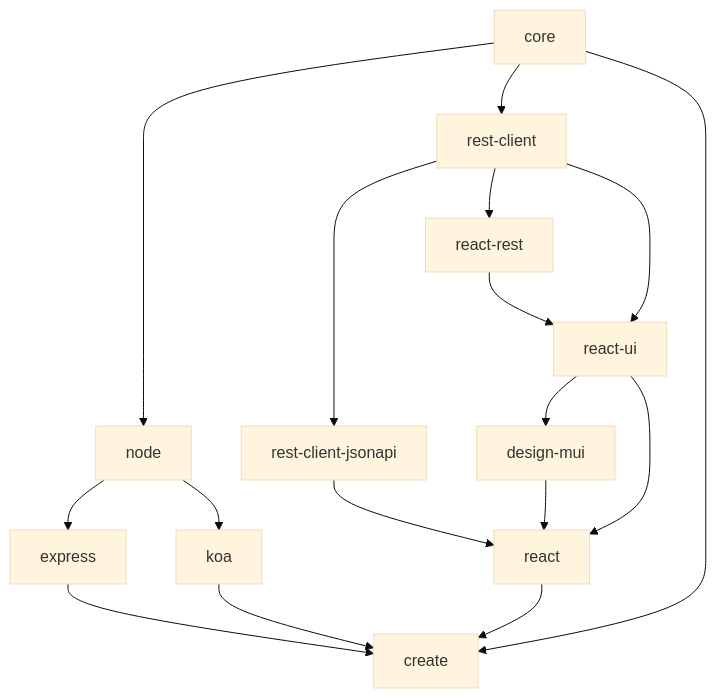
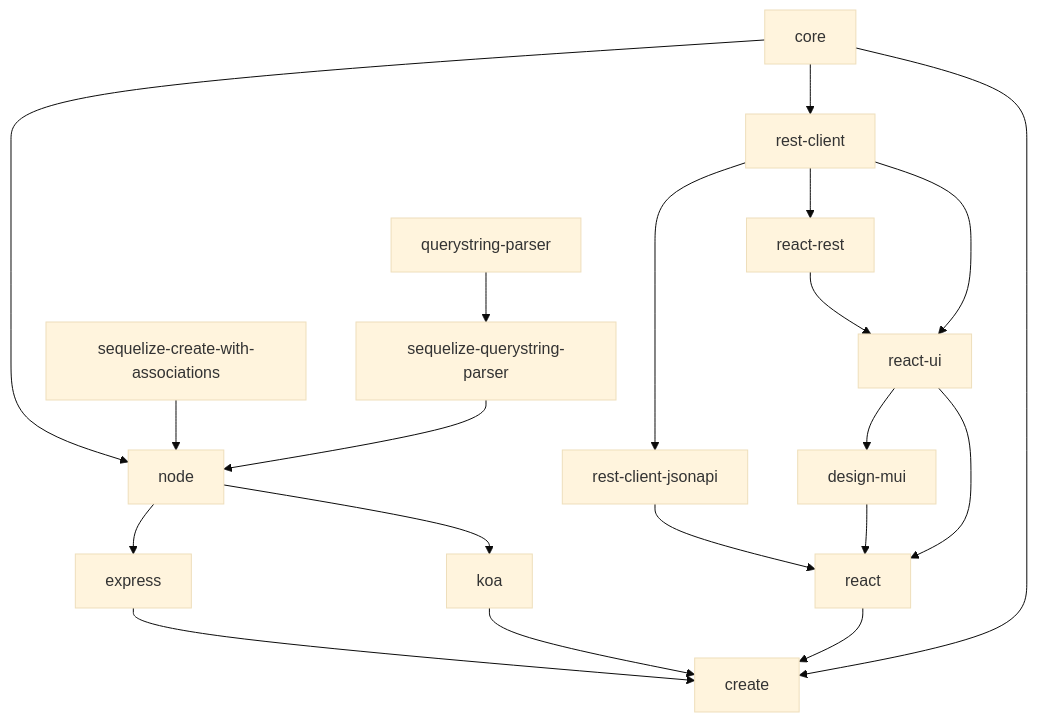
Before and after one commit to bitovi/hatchify: the diagram in CONTRIBUTING.md, drawn with Mermaid (base theme).

````diff
--- a/CONTRIBUTING.md
+++ b/CONTRIBUTING.md
@@ -314,20 +314,22 @@
 ```mermaid
   flowchart TD
       A[core] --> B[node]
       B --> C[express]
       B --> D[koa]
       A --> E[rest-client]
       E --> F[rest-client-jsonapi]
       E --> G[react-rest]
       G --> H[react-ui]
       E --> H
       H --> I[design-mui]
       I --> J[react]
       F --> J
       H --> J
       A --> K[create]
       C --> K
       D --> K
       J --> K
-
+      L[sequelize-create-with-associations] --> B
+      M[sequelize-querystring-parser] --> B
+      N[querystring-parser] --> M
 ```
````
